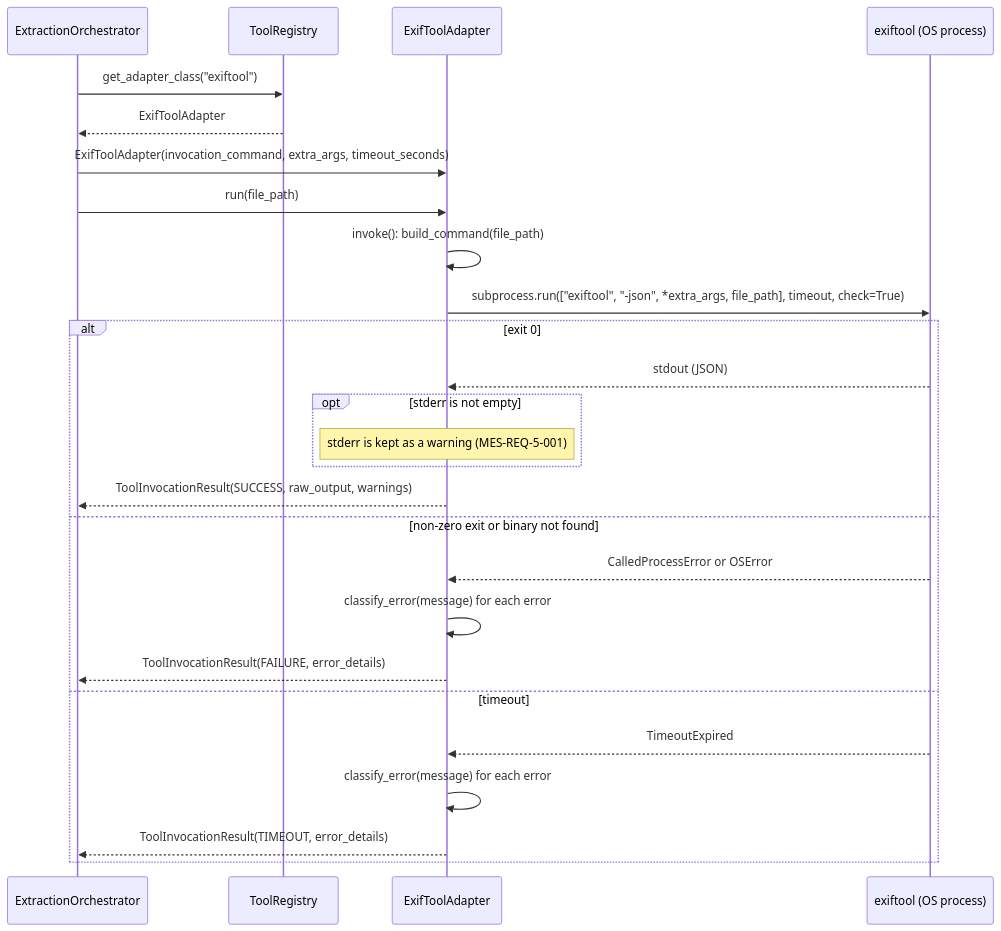
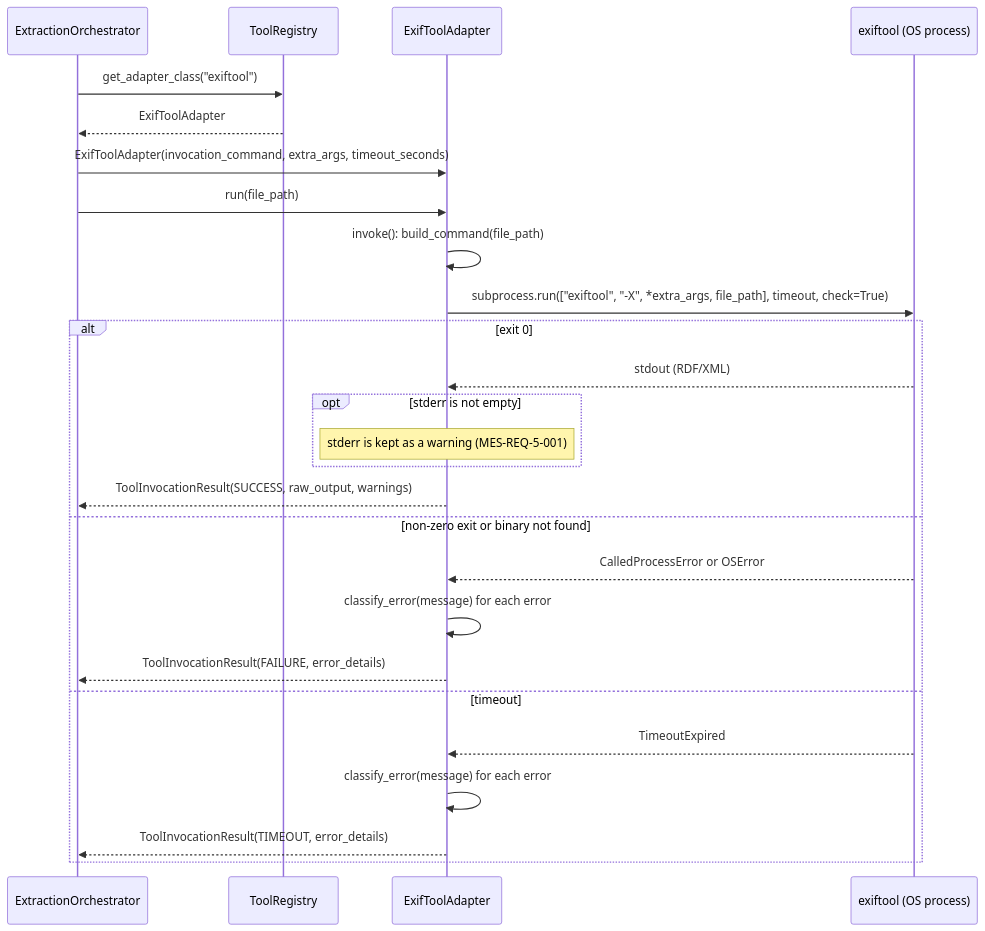
The second of 5 diagrams in docs/diagrams.md (EOSC-EDEN/metadata-extraction-service), drawn with Mermaid before and after one commit. The commit also changed other lines of this file and 72 other files, not shown here.

````diff
--- a/docs/diagrams.md
+++ b/docs/diagrams.md
@@ -108,29 +105,29 @@
 ```mermaid
 sequenceDiagram
     participant Orch as ExtractionOrchestrator
     participant Reg as ToolRegistry
     participant Adapter as ExifToolAdapter
     participant CLI as exiftool (OS process)
 
     Orch->>Reg: get_adapter_class("exiftool")
     Reg-->>Orch: ExifToolAdapter
     Orch->>Adapter: ExifToolAdapter(invocation_command, extra_args, timeout_seconds)
     Orch->>Adapter: run(file_path)
     Adapter->>Adapter: invoke(): build_command(file_path)
-    Adapter->>CLI: subprocess.run(["exiftool", "-json", *extra_args, file_path], timeout, check=True)
+    Adapter->>CLI: subprocess.run(["exiftool", "-X", *extra_args, file_path], timeout, check=True)
     alt exit 0
-        CLI-->>Adapter: stdout (JSON)
+        CLI-->>Adapter: stdout (RDF/XML)
         opt stderr is not empty
             note over Adapter: stderr is kept as a warning (MES-REQ-5-001)
         end
         Adapter-->>Orch: ToolInvocationResult(SUCCESS, raw_output, warnings)
     else non-zero exit or binary not found
         CLI-->>Adapter: CalledProcessError or OSError
         Adapter->>Adapter: classify_error(message) for each error
         Adapter-->>Orch: ToolInvocationResult(FAILURE, error_details)
     else timeout
         CLI-->>Adapter: TimeoutExpired
         Adapter->>Adapter: classify_error(message) for each error
         Adapter-->>Orch: ToolInvocationResult(TIMEOUT, error_details)
     end
 ```
````
